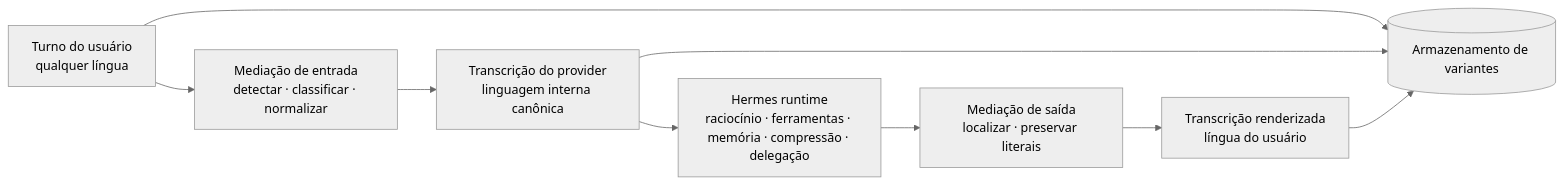
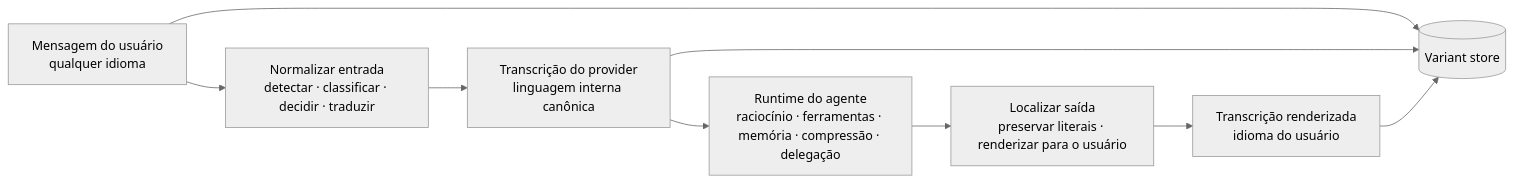
One commit to maelrx/unilang changed the diagram in README_pt-BR.md. Above: the diagram before and after it, drawn with Mermaid (neutral theme). The commit also changed other lines of this file and 21 other files, not shown here.

````diff
--- a/README_pt-BR.md
+++ b/README_pt-BR.md
@@ -103,12 +183,12 @@
 ```mermaid
 flowchart LR
-    U[Turno do usuário\nqualquer língua] --> M1[Mediação de entrada\ndetectar · classificar · normalizar]
-    M1 --> P[Transcrição do provider\nlinguagem interna canônica]
-    P --> H[Hermes runtime\nraciocínio · ferramentas · memória · compressão · delegação]
-    H --> M2[Mediação de saída\nlocalizar · preservar literais]
-    M2 --> R[Transcrição renderizada\nlíngua do usuário]
+    U[Mensagem do usuário\nqualquer idioma] --> N[Normalizar entrada\ndetectar · classificar · decidir · traduzir]
+    N --> P[Transcrição do provider\nlinguagem interna canônica]
+    P --> H[Runtime do agente\nraciocínio · ferramentas · memória · compressão · delegação]
+    H --> L[Localizar saída\npreservar literais · renderizar para o usuário]
+    L --> R[Transcrição renderizada\nidioma do usuário]
 
-    U --> S[(Armazenamento de variantes)]
-    P --> S
-    R --> S
+    U --> V[(Variant store)]
+    P --> V
+    R --> V
 ```
````
